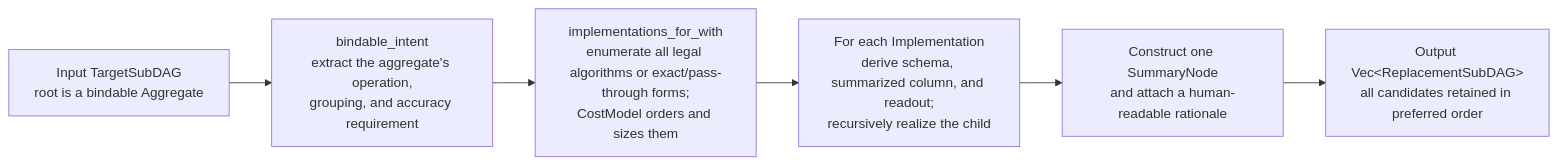
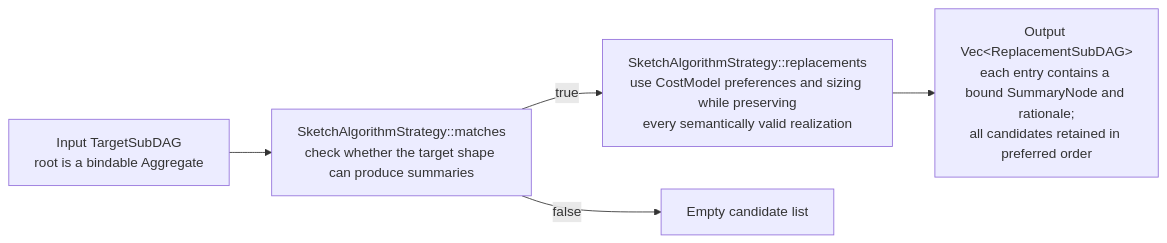
One commit to ProjectASAP/ASAPPlanner changed the third of 6 diagrams in docs/developer_docs/ASAP-aware-mapping-developer-guide.md. Above: the diagram before and after it, drawn with Mermaid. The commit also changed other lines of this file, not shown here.

````diff
--- a/docs/developer_docs/ASAP-aware-mapping-developer-guide.md
+++ b/docs/developer_docs/ASAP-aware-mapping-developer-guide.md
@@ -707,8 +707,7 @@
 ```mermaid
 flowchart LR
-  A["Input TargetSubDAG<br/>root is a bindable Aggregate"] --> B["bindable_intent<br/>extract the aggregate's operation,<br/>grouping, and accuracy requirement"]
-  B --> C["implementations_for_with<br/>enumerate all legal algorithms or exact/pass-through forms;<br/>CostModel orders and sizes them"]
-  C --> D["For each Implementation<br/>derive schema, summarized column, and readout;<br/>recursively realize the child"]
-  D --> E["Construct one SummaryNode<br/>and attach a human-readable rationale"]
-  E --> F["Output Vec&lt;ReplacementSubDAG&gt;<br/>all candidates retained in preferred order"]
+  A["Input TargetSubDAG<br/>root is a bindable Aggregate"] --> B["SketchAlgorithmStrategy::matches<br/>check whether the target shape can produce summaries"]
+  B -->|"true"| C["SketchAlgorithmStrategy::replacements<br/>use CostModel preferences and sizing while preserving<br/>every semantically valid realization"]
+  B -->|"false"| NONE["Empty candidate list"]
+  C --> F["Output Vec&lt;ReplacementSubDAG&gt;<br/>each entry contains a bound SummaryNode and rationale;<br/>all candidates retained in preferred order"]
 ```
````
